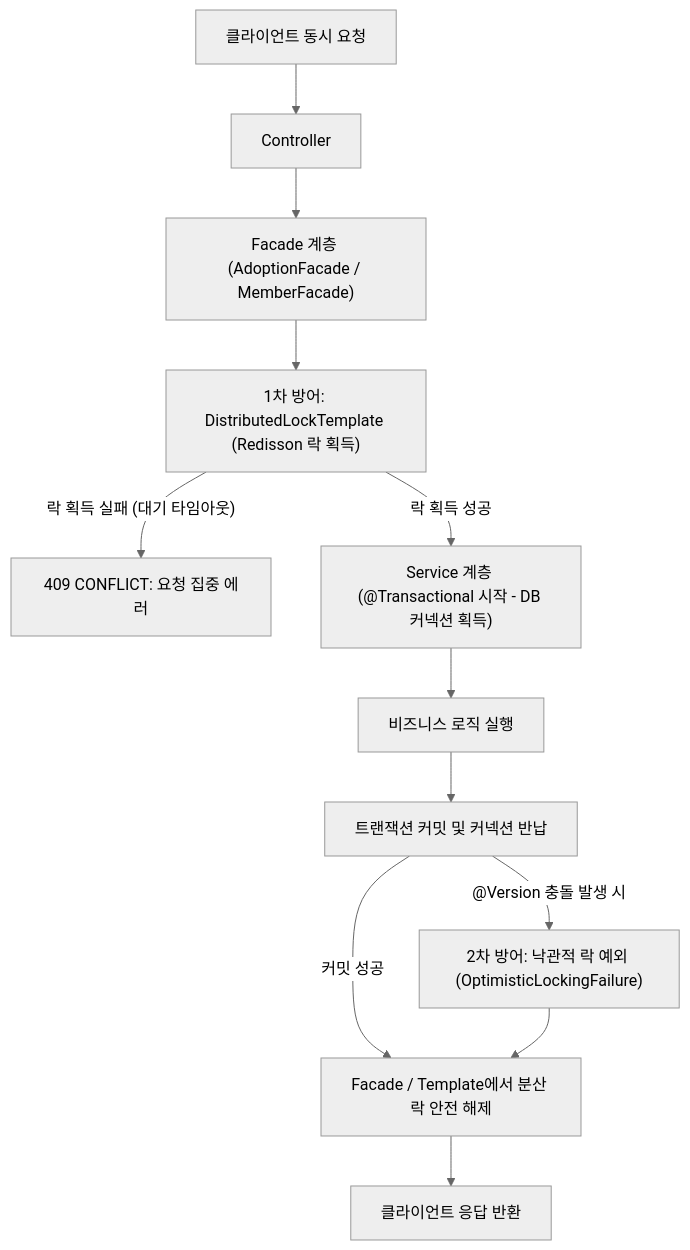
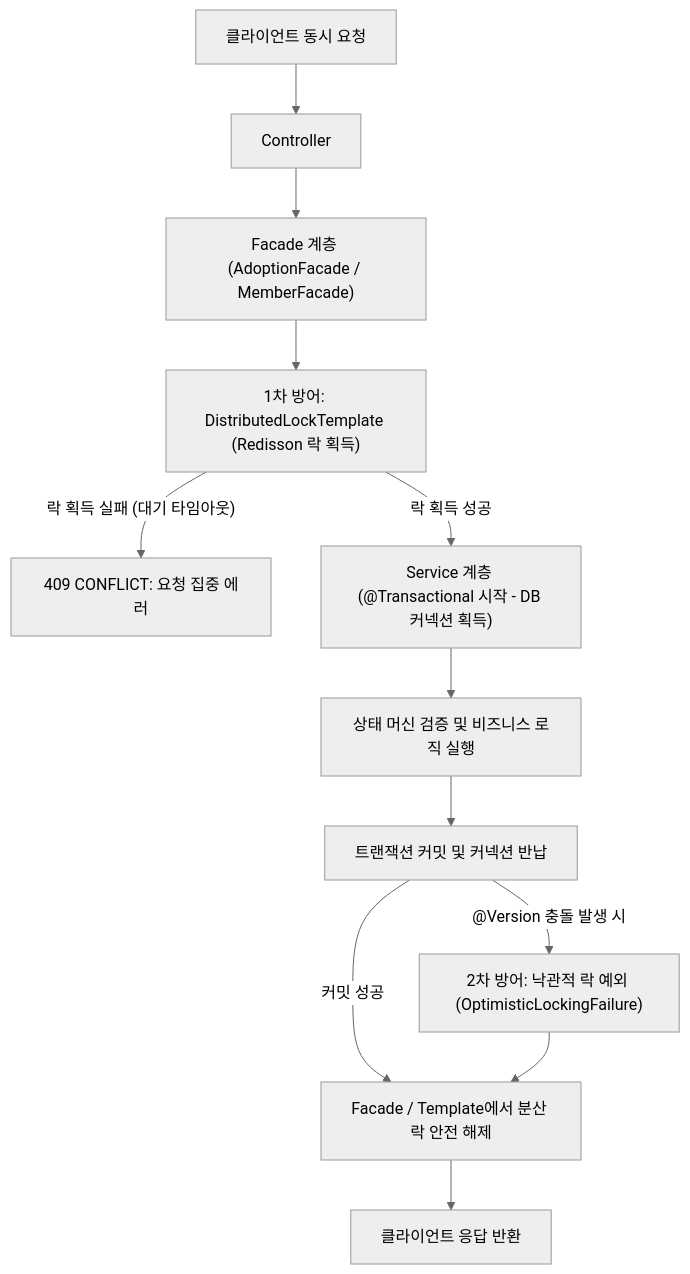
One commit to cookiboii/paw-mate-backend changed the diagram in README.md. Above: the diagram before and after it, drawn with Mermaid (neutral theme). The commit also changed other lines of this file and 11 other files, not shown here.

````diff
--- a/README.md
+++ b/README.md
@@ -79,14 +87,14 @@
 ```mermaid
 flowchart TD
     Req[클라이언트 동시 요청] --> Controller[Controller]
     Controller --> Facade["Facade 계층 (AdoptionFacade / MemberFacade)"]
     Facade --> Template["1차 방어: DistributedLockTemplate (Redisson 락 획득)"]
     Template -- 락 획득 실패 (대기 타임아웃) --> Fail[409 CONFLICT: 요청 집중 에러]
     Template -- 락 획득 성공 --> Service["Service 계층 (@Transactional 시작 - DB 커넥션 획득)"]
-    Service --> Logic[비즈니스 로직 실행]
+    Service --> Logic[상태 머신 검증 및 비즈니스 로직 실행]
     Logic --> Commit[트랜잭션 커밋 및 커넥션 반납]
     Commit -- @Version 충돌 발생 시 --> OptErr["2차 방어: 낙관적 락 예외 (OptimisticLockingFailure)"]
     Commit -- 커밋 성공 --> ReleaseLock[Facade / Template에서 분산 락 안전 해제]
     OptErr --> ReleaseLock
     ReleaseLock --> Done[클라이언트 응답 반환]
 ```
````
